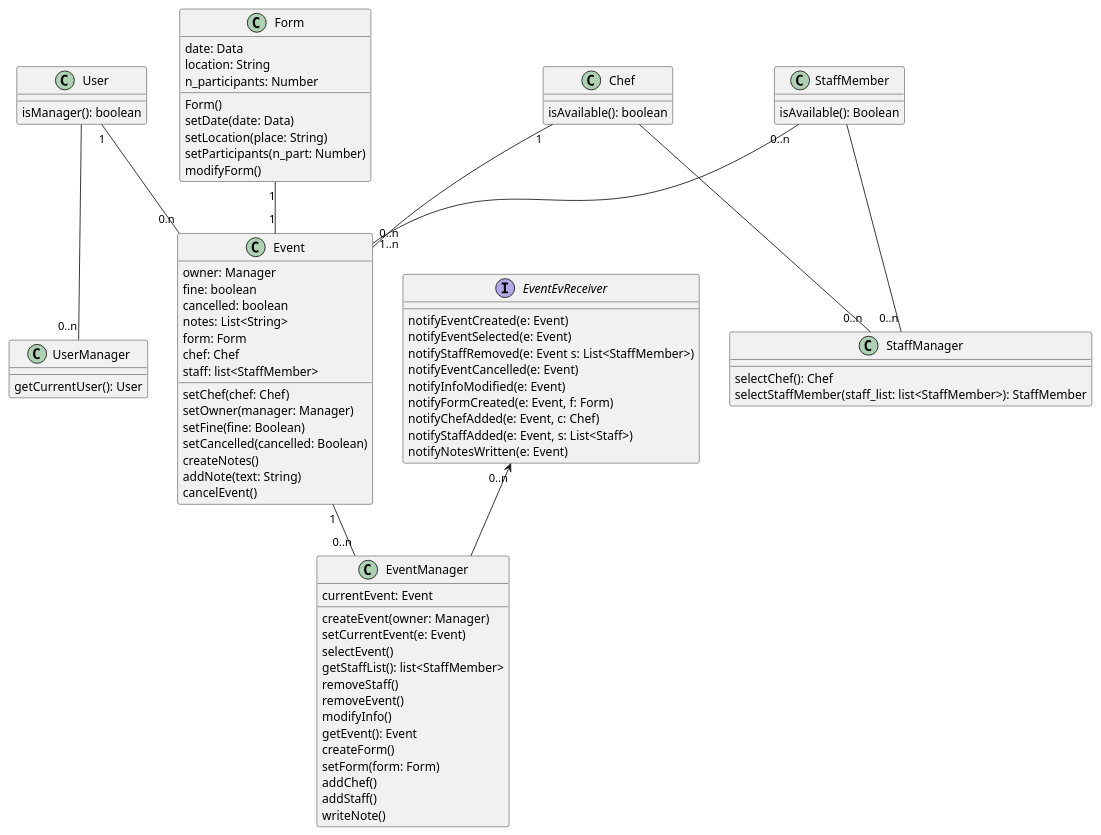
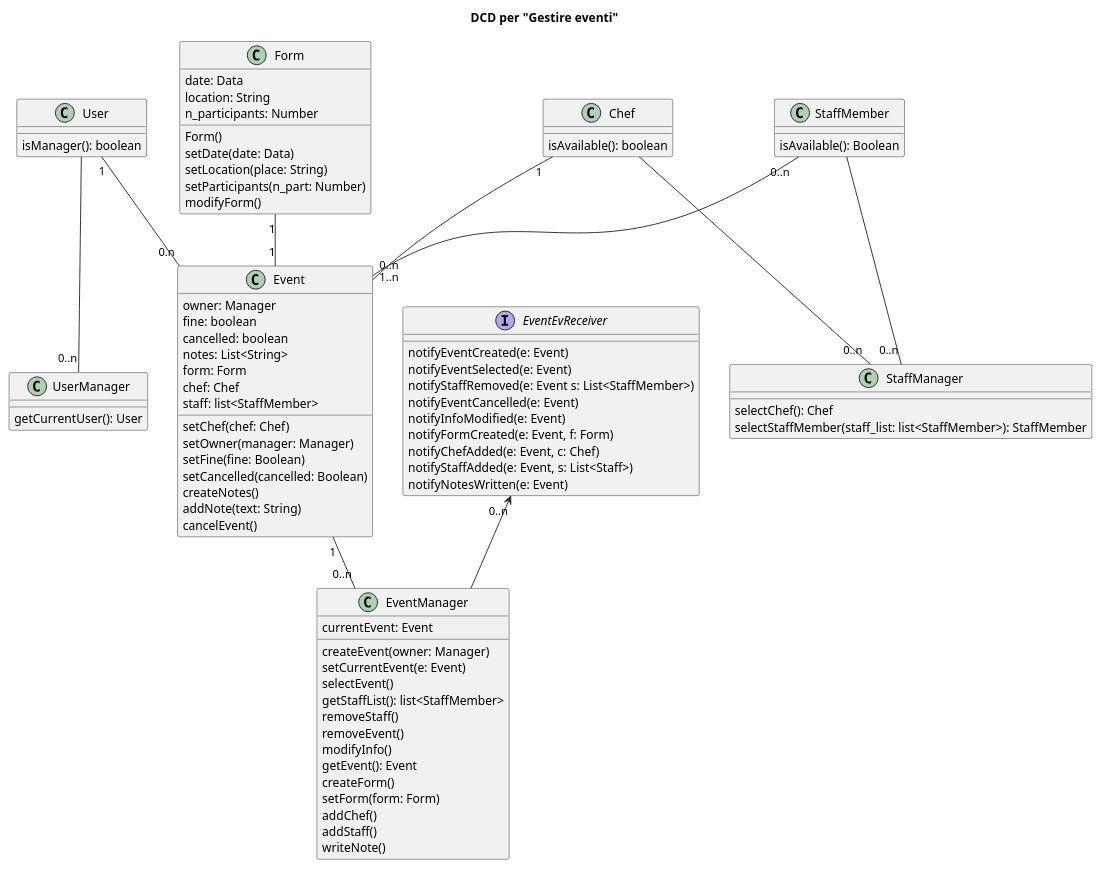
One commit to m0canu1/sas changed the diagram in dcd/dcd-eventi.md. Above: the diagram before and after it, drawn with PlantUML. The commit also changed 11 other files, not shown here.

````diff
--- a/dcd/dcd-eventi.md
+++ b/dcd/dcd-eventi.md
@@ -1,5 +1,5 @@
 ```plantuml
-
+title: DCD per "Gestire eventi"
 Class User {
     isManager(): boolean
 }
````
